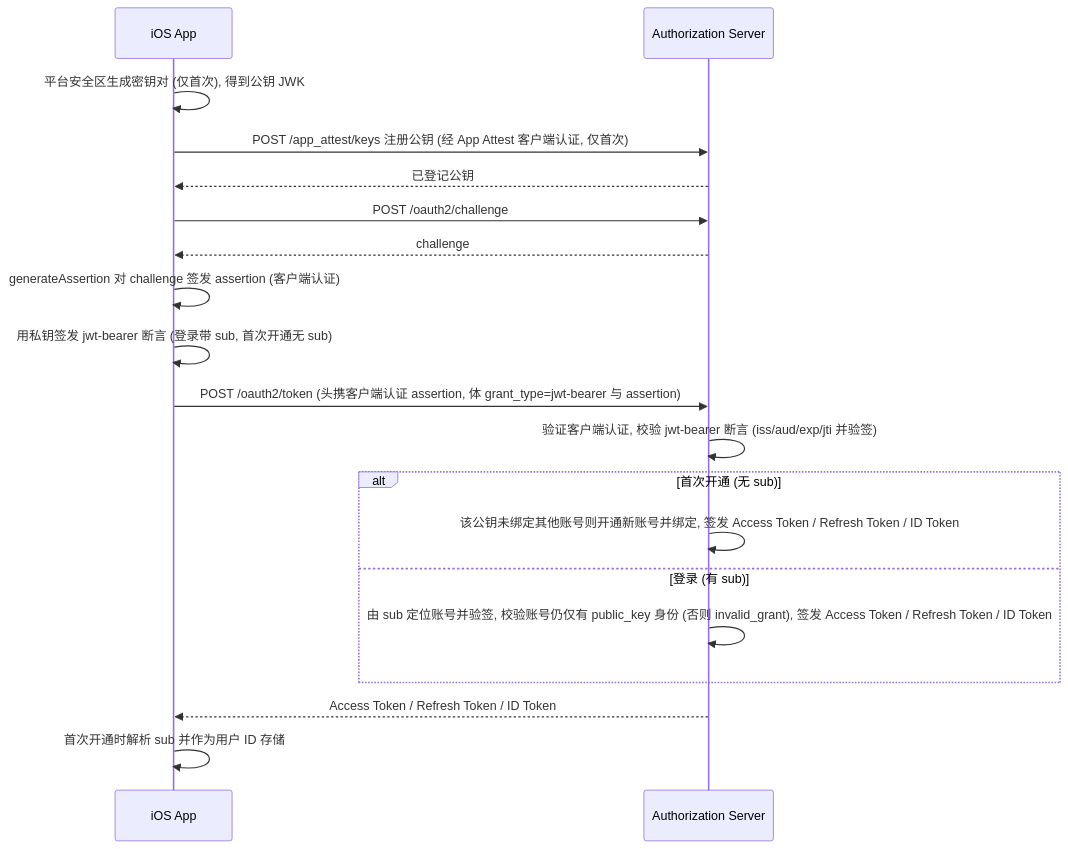
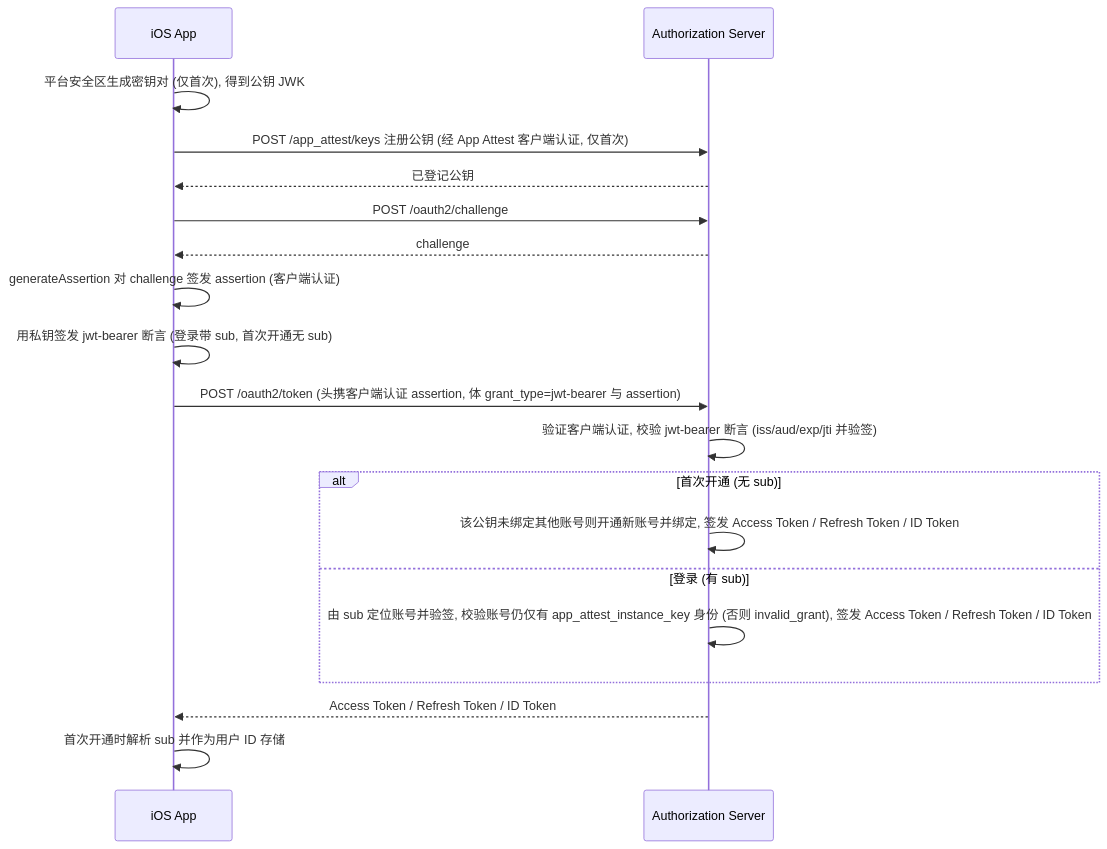
The fourth of 7 diagrams in user-center/doc/apis/zh-cn/app-attest-login/v2/App-Attest-Login.md (euler-projects/demo), drawn with Mermaid before and after one commit. The commit also changed other lines of this file and 12 other files, not shown here.

````diff
--- a/user-center/doc/apis/zh-cn/app-attest-login/v2/App-Attest-Login.md
+++ b/user-center/doc/apis/zh-cn/app-attest-login/v2/App-Attest-Login.md
@@ -243,21 +243,21 @@
 ```mermaid
 sequenceDiagram
     participant App as iOS App
     participant Server as Authorization Server
     App ->> App: 平台安全区生成密钥对 (仅首次), 得到公钥 JWK
     App ->> Server: POST /app_attest/keys 注册公钥 (经 App Attest 客户端认证, 仅首次)
     Server -->> App: 已登记公钥
     App ->> Server: POST /oauth2/challenge
     Server -->> App: challenge
     App ->> App: generateAssertion 对 challenge 签发 assertion (客户端认证)
     App ->> App: 用私钥签发 jwt-bearer 断言 (登录带 sub, 首次开通无 sub)
     App ->> Server: POST /oauth2/token (头携客户端认证 assertion, 体 grant_type=jwt-bearer 与 assertion)
     Server ->> Server: 验证客户端认证, 校验 jwt-bearer 断言 (iss/aud/exp/jti 并验签)
     alt 首次开通 (无 sub)
         Server ->> Server: 该公钥未绑定其他账号则开通新账号并绑定, 签发 Access Token / Refresh Token / ID Token
     else 登录 (有 sub)
-        Server ->> Server: 由 sub 定位账号并验签, 校验账号仍仅有 public_key 身份 (否则 invalid_grant), 签发 Access Token / Refresh Token / ID Token
+        Server ->> Server: 由 sub 定位账号并验签, 校验账号仍仅有 app_attest_instance_key 身份 (否则 invalid_grant), 签发 Access Token / Refresh Token / ID Token
     end
     Server -->> App: Access Token / Refresh Token / ID Token
     App ->> App: 首次开通时解析 sub 并作为用户 ID 存储
 ```
````
